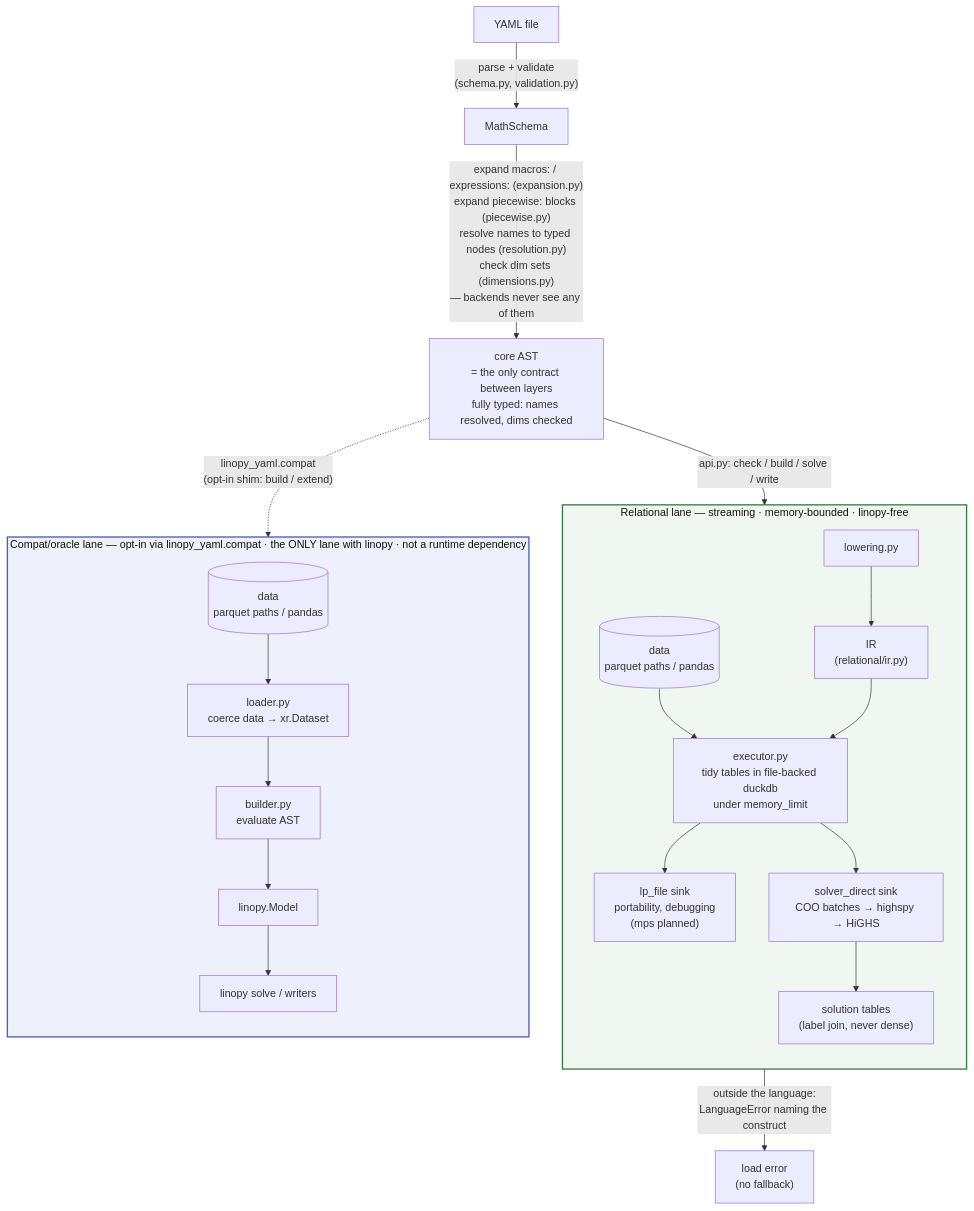
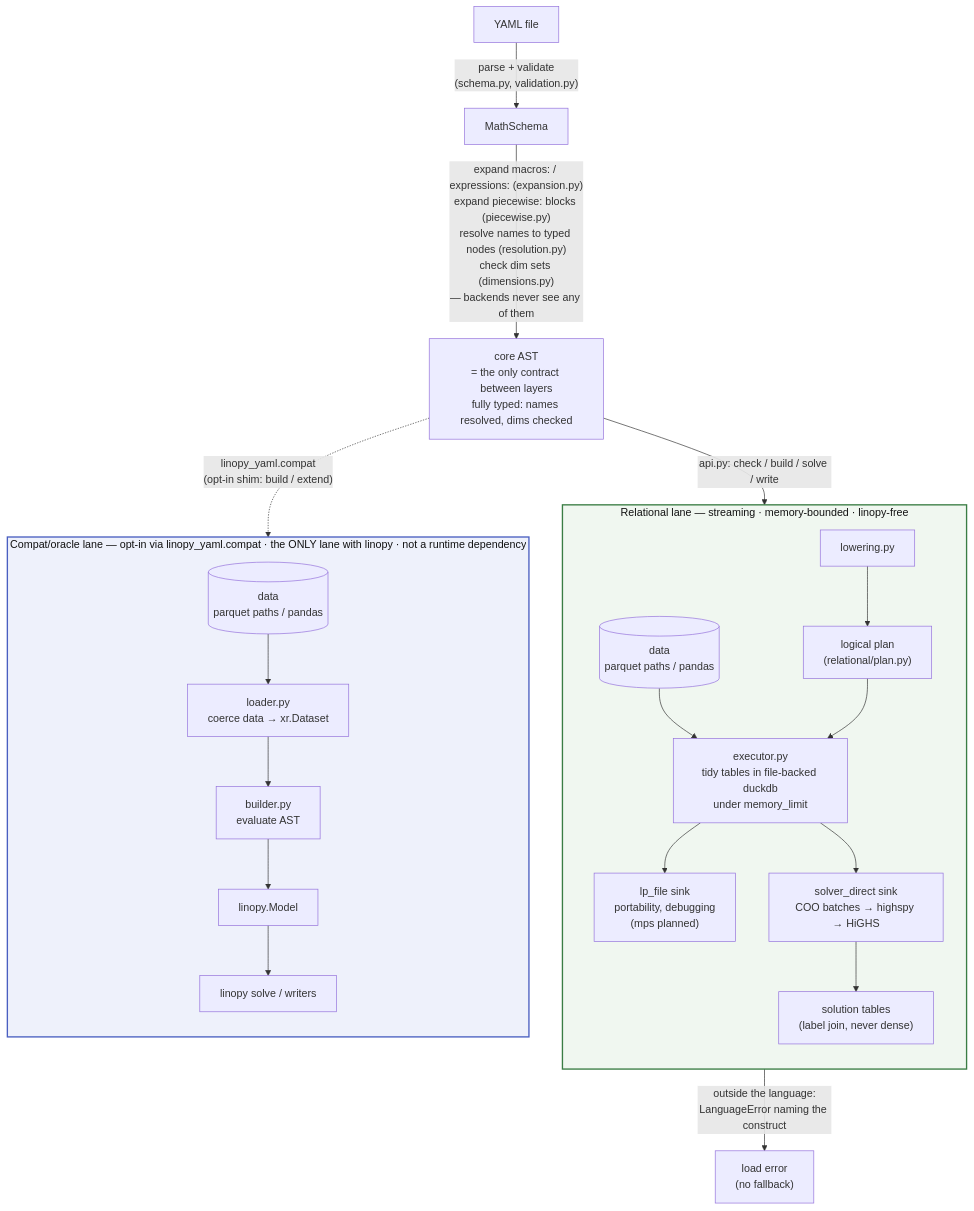
One commit to FBumann/farkas changed the diagram in ARCHITECTURE.md. Above: the diagram before and after it, drawn with Mermaid. The commit also changed other lines of this file and 17 other files, not shown here.

First line of the commit message:
refactor: the IR is a logical plan, and says so

````diff
--- a/ARCHITECTURE.md
+++ b/ARCHITECTURE.md
@@ -16,30 +16,30 @@
 ```mermaid
 flowchart TB
     Y[YAML file] -->|"parse + validate<br/>(schema.py, validation.py)"| MS[MathSchema]
     MS -->|"expand macros: / expressions: (expansion.py)<br/>expand piecewise: blocks (piecewise.py)<br/>resolve names to typed nodes (resolution.py)<br/>check dim sets (dimensions.py)<br/>— backends never see any of them"| AST["core AST<br/>= the only contract between layers<br/>fully typed: names resolved, dims checked"]
     AST -->|"api.py: check / build / solve / write"| LOWER
     AST -.->|"linopy_yaml.compat<br/>(opt-in shim: build / extend)"| BUILD
     LOWER -->|"outside the language:<br/>LanguageError naming the construct"| ERR["load error<br/>(no fallback)"]
 
     subgraph REL["Relational lane — streaming · memory-bounded · linopy-free"]
         direction TB
-        LOWER["lowering.py"] --> IR["IR<br/>(relational/ir.py)"]
+        LOWER["lowering.py"] --> PLAN["logical plan<br/>(relational/plan.py)"]
         DR[("data<br/>parquet paths / pandas")] --> EXEC
-        IR --> EXEC["executor.py<br/>tidy tables in file-backed duckdb<br/>under memory_limit"]
+        PLAN --> EXEC["executor.py<br/>tidy tables in file-backed duckdb<br/>under memory_limit"]
         EXEC --> LPS["lp_file sink<br/>portability, debugging<br/>(mps planned)"]
         EXEC --> DIRECT["solver_direct sink<br/>COO batches → highspy → HiGHS"]
         DIRECT --> SOL["solution tables<br/>(label join, never dense)"]
     end
 
     subgraph EAGER["Compat/oracle lane — opt-in via linopy_yaml.compat · the ONLY lane with linopy · not a runtime dependency"]
         direction TB
         DE[("data<br/>parquet paths / pandas")] --> LOAD["loader.py<br/>coerce data → xr.Dataset"]
         LOAD --> BUILD["builder.py<br/>evaluate AST"]
         BUILD --> MODEL[linopy.Model] --> SOLVE["linopy solve / writers"]
     end
 
     classDef laneR fill:#f0f7f0,stroke:#3a7d44,stroke-width:2px,color:#111
     classDef laneE fill:#eef1fb,stroke:#4a5fc1,stroke-width:2px,color:#111
     class REL laneR
     class EAGER laneE
 ```
````
